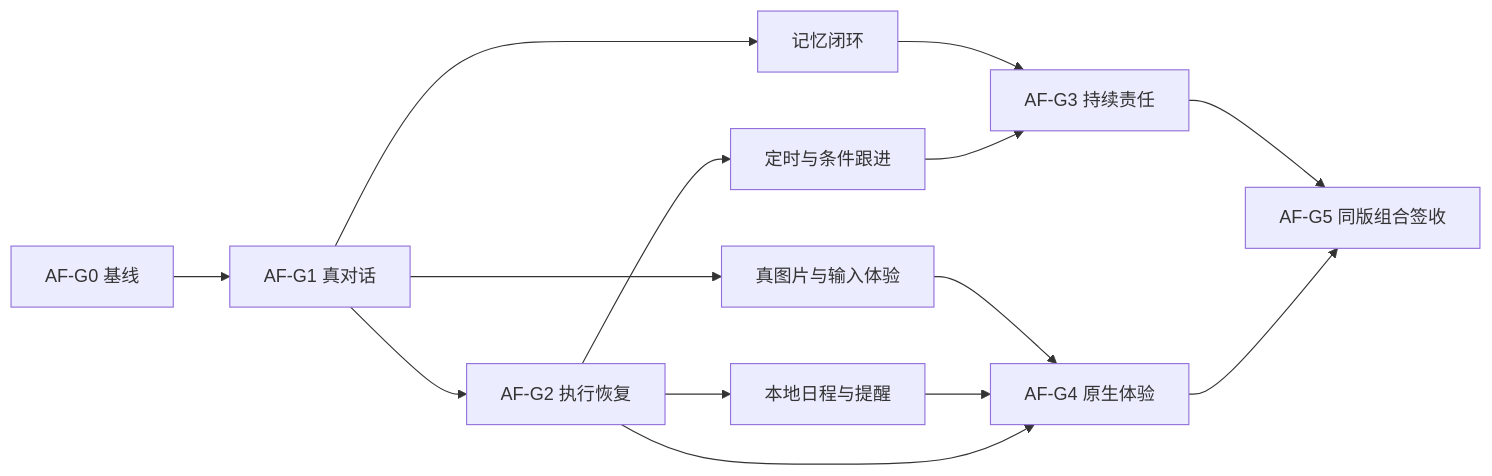
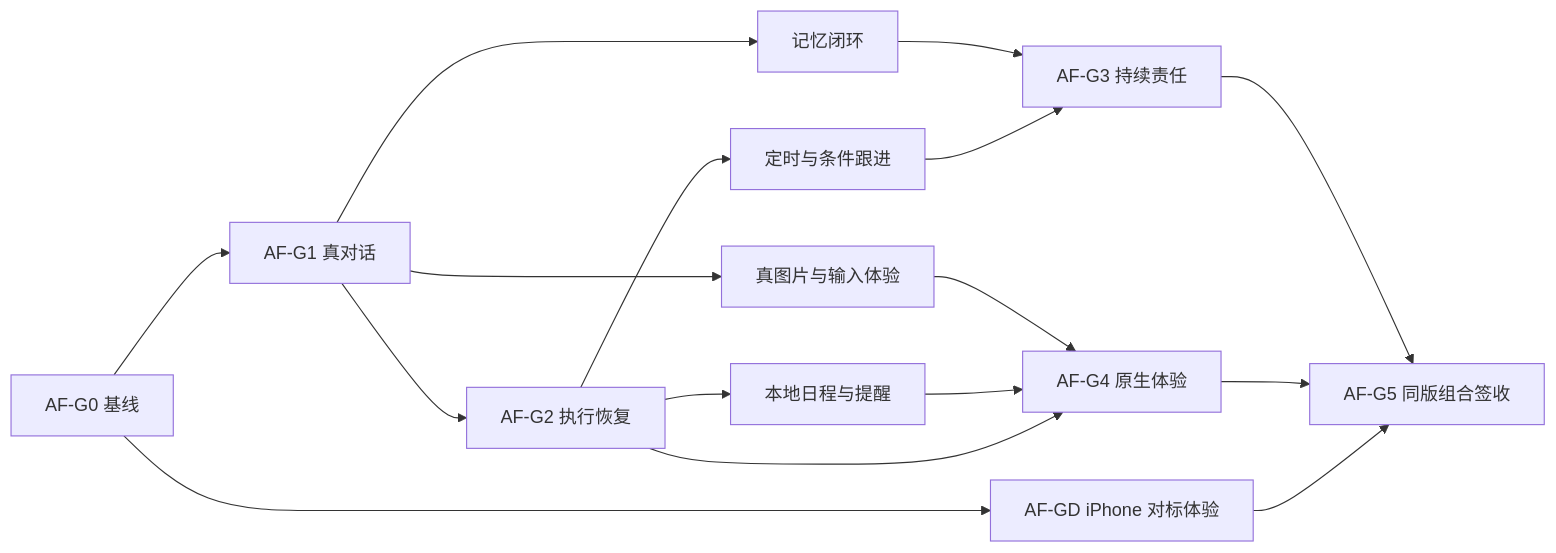
Before and after one commit to Yankj/cat-m: the diagram in docs/planning/AF-1/plan.md, drawn with Mermaid. The commit also changed other lines of this file and 126 other files, not shown here.

````diff
--- a/docs/planning/AF-1/plan.md
+++ b/docs/planning/AF-1/plan.md
@@ -30,16 +31,18 @@
 ```mermaid
 flowchart LR
   G0[AF-G0 基线] --> G1[AF-G1 真对话]
   G1 --> G2[AF-G2 执行恢复]
   G1 --> M[记忆闭环]
   G1 --> I[真图片与输入体验]
   G2 --> T[定时与条件跟进]
   G2 --> L[本地日程与提醒]
   M --> G3[AF-G3 持续责任]
   T --> G3
   I --> G4[AF-G4 原生体验]
   L --> G4
   G2 --> G4
   G3 --> G5[AF-G5 同版组合签收]
   G4 --> G5
+  G0 --> GD[AF-GD iPhone 对标体验]
+  GD --> G5
 ```
````
